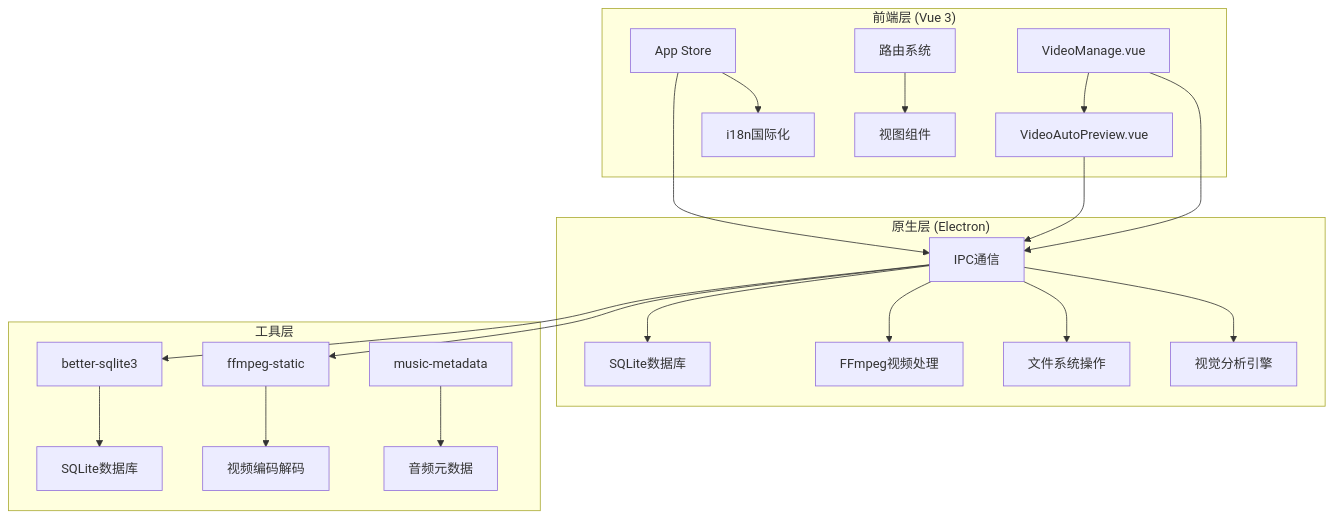
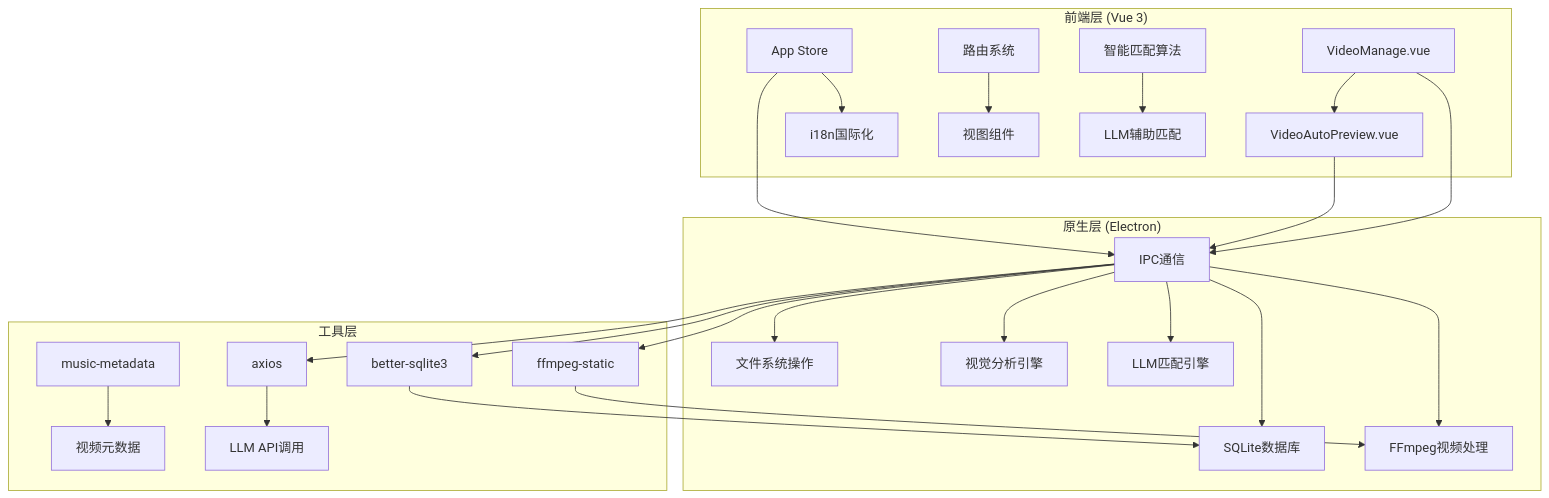
One commit to torans/crow.video changed the first of 12 diagrams in .qoder/repowiki/zh/content/UI组件系统/视频管理组件.md. Above: the diagram before and after it, drawn with Mermaid. The commit also changed other lines of this file and 35 other files, not shown here.

````diff
--- a/.qoder/repowiki/zh/content/UI组件系统/视频管理组件.md
+++ b/.qoder/repowiki/zh/content/UI组件系统/视频管理组件.md
@@ -41,24 +56,28 @@
 ```mermaid
 graph TB
 subgraph "前端层 (Vue 3)"
 A[VideoManage.vue] --> B[VideoAutoPreview.vue]
 C[App Store] --> D[i18n国际化]
 E[路由系统] --> F[视图组件]
+G[智能匹配算法] --> H[LLM辅助匹配]
 end
 subgraph "原生层 (Electron)"
-G[IPC通信] --> H[SQLite数据库]
-G --> I[FFmpeg视频处理]
-G --> J[文件系统操作]
-G --> K[视觉分析引擎]
+I[IPC通信] --> J[SQLite数据库]
+I --> K[FFmpeg视频处理]
+I --> L[文件系统操作]
+I --> M[视觉分析引擎]
+I --> N[LLM匹配引擎]
 end
 subgraph "工具层"
-L[better-sqlite3] --> M[SQLite数据库]
-N[ffmpeg-static] --> O[视频编码解码]
-P[music-metadata] --> Q[音频元数据]
+O[better-sqlite3] --> J
+P[ffmpeg-static] --> K
+Q[music-metadata] --> R[视频元数据]
+S[axios] --> T[LLM API调用]
 end
-A --> G
-B --> G
-C --> G
-G --> L
-G --> N
+A --> I
+B --> I
+C --> I
+I --> O
+I --> P
+I --> S
 ```
````
